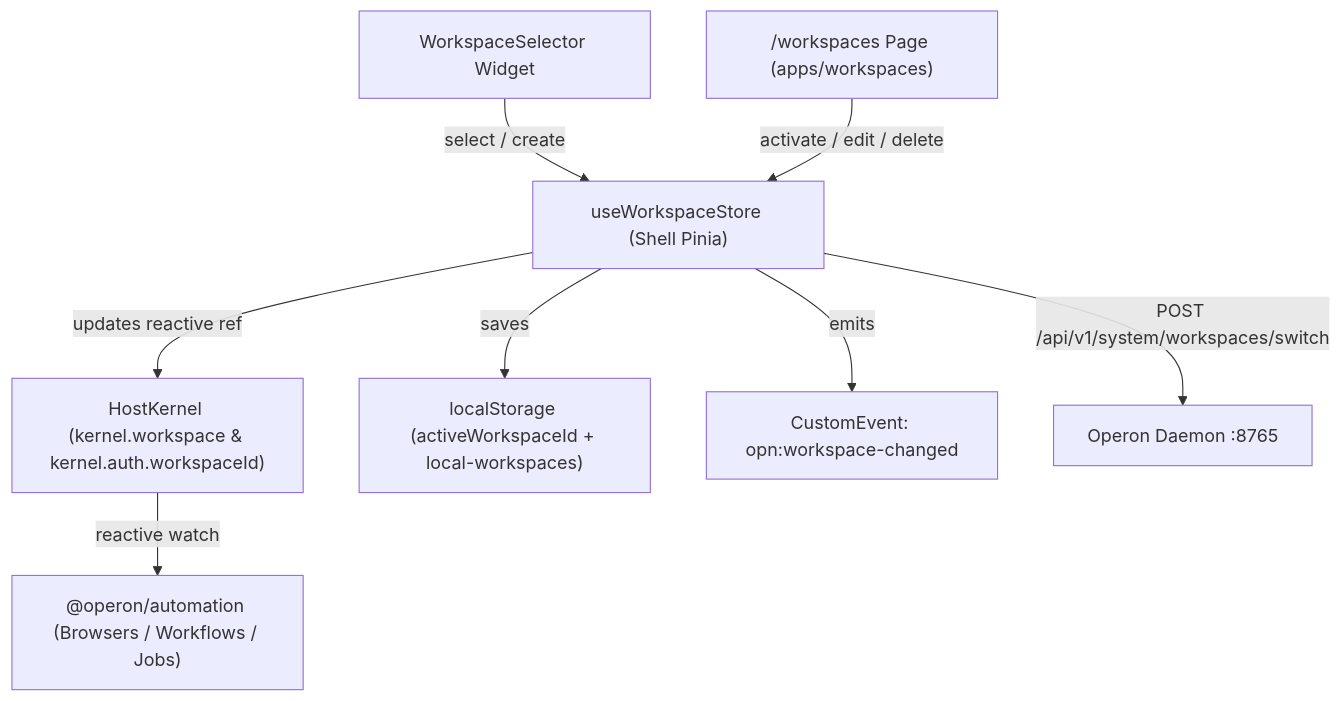
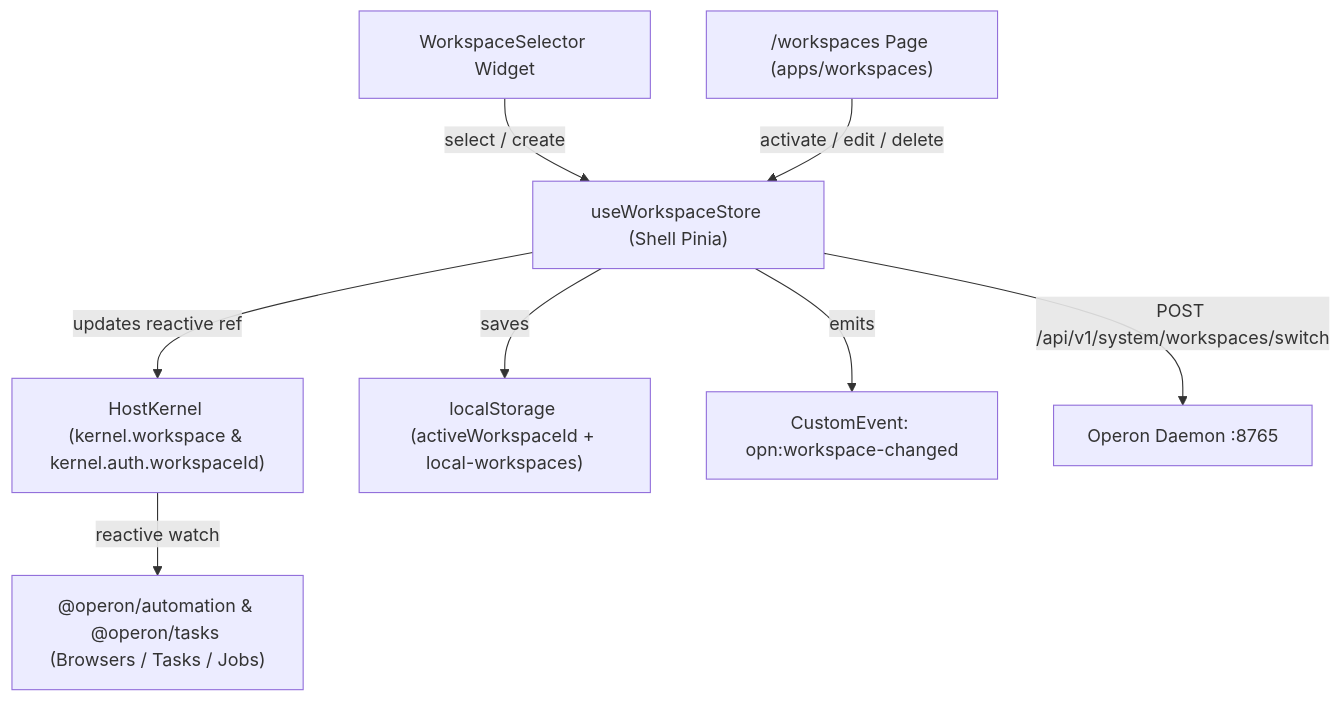
The diagram in docs/specs/003-workspace/001-management.md (tuquet/operon), drawn with Mermaid before and after one commit. The commit also changed other lines of this file and 40 other files, not shown here.

````diff
--- a/docs/specs/003-workspace/001-management.md
+++ b/docs/specs/003-workspace/001-management.md
@@ -22,10 +22,10 @@
 ```mermaid
 flowchart TB
     TSW["WorkspaceSelector Widget"] -->|select / create| STORE["useWorkspaceStore (Shell Pinia)"]
     WORKSPACES["/workspaces Page (apps/workspaces)"] -->|activate / edit / delete| STORE
     STORE -->|updates reactive ref| KERNEL["HostKernel (kernel.workspace & kernel.auth.workspaceId)"]
     STORE -->|saves| LS["localStorage (activeWorkspaceId + local-workspaces)"]
     STORE -->|emits| EVT["CustomEvent: opn:workspace-changed"]
     STORE -->|POST /api/v1/system/workspaces/switch| DAEMON["Operon Daemon :8765"]
-    KERNEL -->|reactive watch| AUTO["@operon/automation (Browsers / Workflows / Jobs)"]
+    KERNEL -->|reactive watch| AUTO["@operon/automation & @operon/tasks (Browsers / Tasks / Jobs)"]
 ```
````
